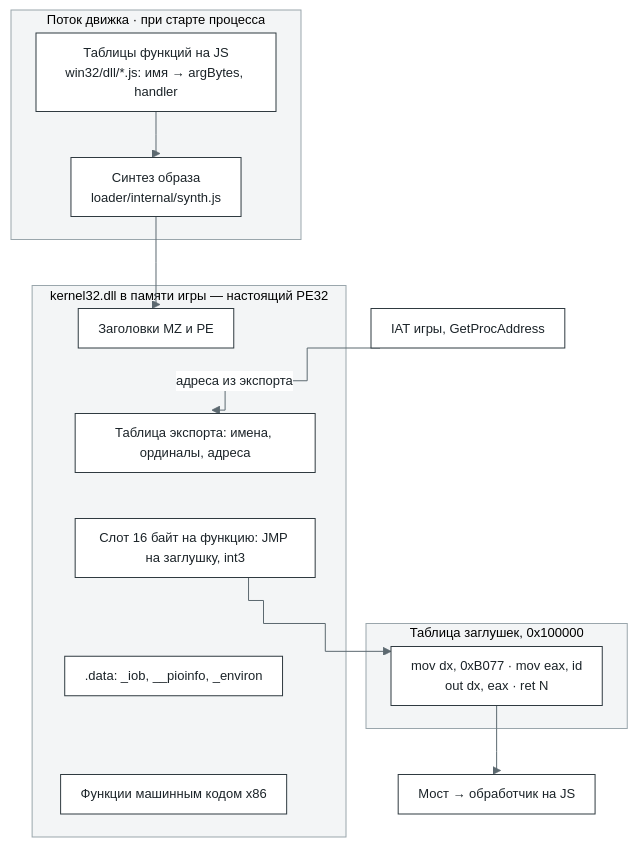
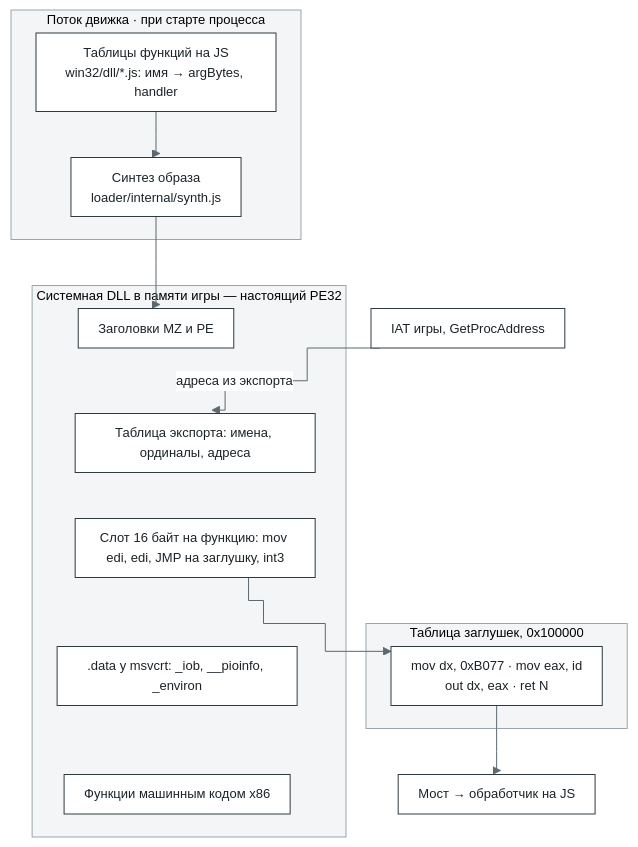
The fourth of 10 diagrams in docs/architecture.ru.md (bottlify/bottlify), drawn with Mermaid before and after one commit. The commit also changed other lines of this file and 5 other files, not shown here.

````diff
--- a/docs/architecture.ru.md
+++ b/docs/architecture.ru.md
@@ -474,24 +520,24 @@
 ```mermaid
 %%{init: {"theme": "base", "flowchart": {"curve": "step", "nodeSpacing": 30, "rankSpacing": 46, "padding": 10}, "themeVariables": {"fontFamily": "Inter, Segoe UI, Helvetica, Arial, sans-serif", "fontSize": "13px", "primaryColor": "#FFFFFF", "primaryBorderColor": "#2F3A40", "primaryTextColor": "#1B2328", "lineColor": "#5C6970", "clusterBkg": "#F3F5F6", "clusterBorder": "#9AA6AC", "edgeLabelBackground": "#FFFFFF"}}}%%
 flowchart TB
   subgraph E1["Поток движка · при старте процесса"]
     TBL["Таблицы функций на JS<br/>win32/dll/*.js: имя → argBytes, handler"]
     SYN["Синтез образа<br/>loader/internal/synth.js"]
   end
-  subgraph IMG["kernel32.dll в памяти игры — настоящий PE32"]
+  subgraph IMG["Системная DLL в памяти игры — настоящий PE32"]
     H1["Заголовки MZ и PE"]
     H2["Таблица экспорта: имена, ординалы, адреса"]
-    H3["Слот 16 байт на функцию: JMP на заглушку, int3"]
-    H4[".data: _iob, __pioinfo, _environ"]
+    H3["Слот 16 байт на функцию: mov edi, edi, JMP на заглушку, int3"]
+    H4[".data у msvcrt: _iob, __pioinfo, _environ"]
     H5["Функции машинным кодом x86"]
   end
   subgraph STB["Таблица заглушек, 0x100000"]
     TH["mov dx, 0xB077 · mov eax, id<br/>out dx, eax · ret N"]
   end
   BR["Мост → обработчик на JS"]
   IAT["IAT игры, GetProcAddress"]
   TBL --> SYN --> H1
   H1 ~~~ H2 ~~~ H3 ~~~ H4 ~~~ H5
   IAT -->|"адреса из экспорта"| H2
   H3 --> TH --> BR
 ```
````
